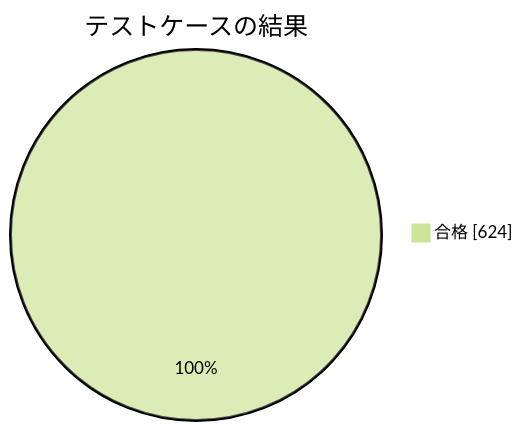
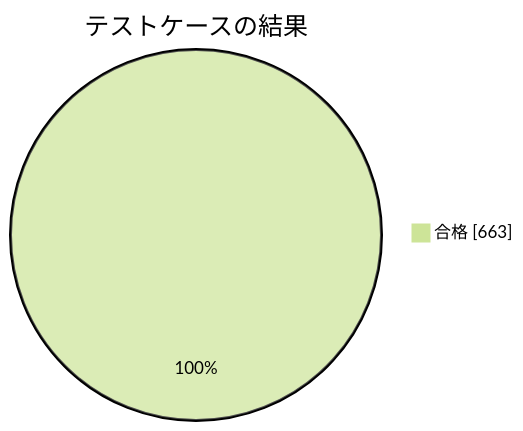
Before and after one commit to pocarialice/rpglearning: the second of 3 diagrams in documents/モジュールテスト結果報告書_RPG学習アプリ.md, drawn with Mermaid (forest theme). The commit also changed other lines of this file and 1 other file, not shown here.

````diff
--- a/documents/モジュールテスト結果報告書_RPG学習アプリ.md
+++ b/documents/モジュールテスト結果報告書_RPG学習アプリ.md
@@ -64,4 +64,4 @@
 ```mermaid
 pie showData title テストケースの結果
-  "合格" : 624
+  "合格" : 663
 ```
````
